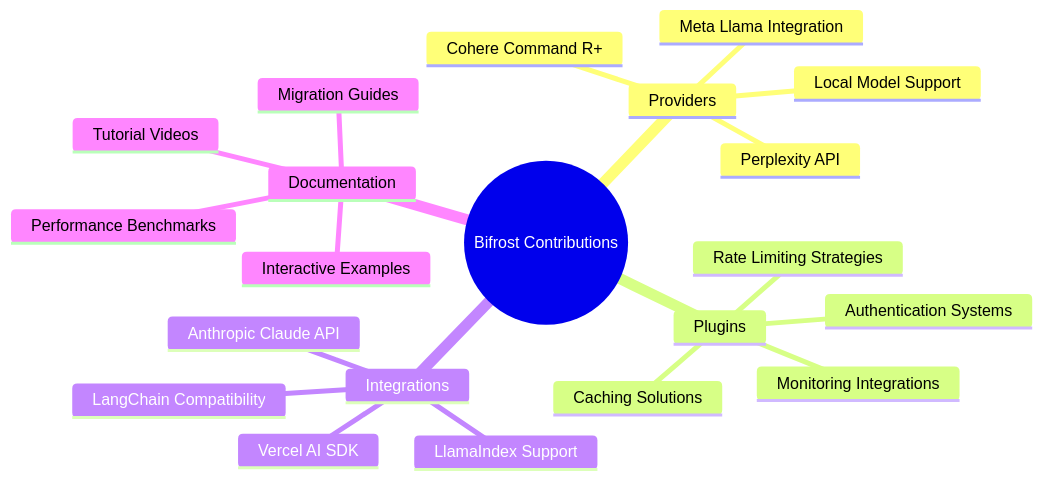
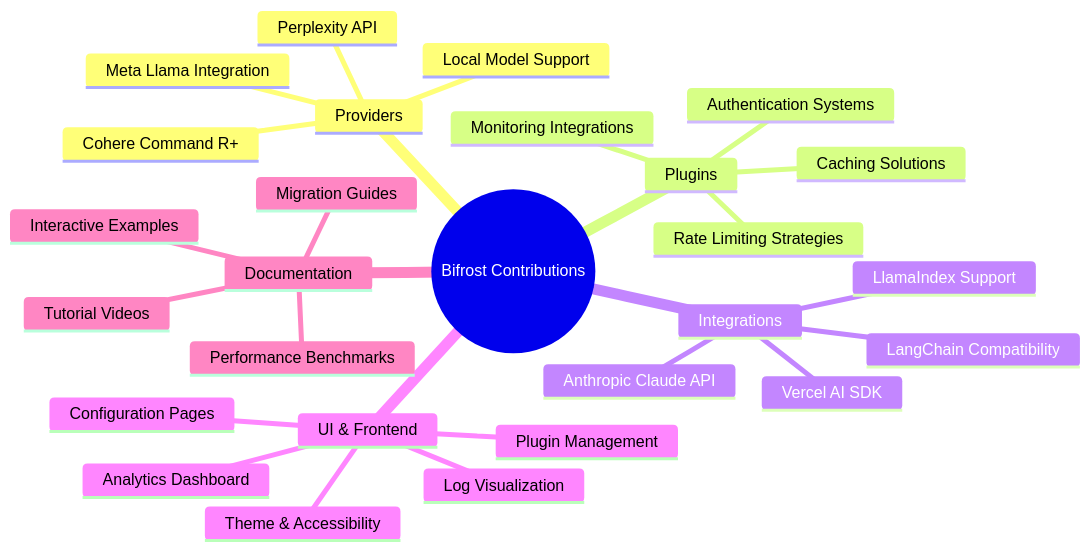
Before and after one commit to sammcj/bifrost: the diagram in docs/contributing/README.md, drawn with Mermaid. The commit also changed other lines of this file and 137 other files, not shown here.

````diff
--- a/docs/contributing/README.md
+++ b/docs/contributing/README.md
@@ -65,27 +66,34 @@
 ```mermaid
 mindmap
   root((Bifrost Contributions))
     Providers
       Meta Llama Integration
       Cohere Command R+
       Perplexity API
       Local Model Support
 
     Plugins
       Authentication Systems
       Rate Limiting Strategies
       Caching Solutions
       Monitoring Integrations
 
     Integrations
       LangChain Compatibility
       LlamaIndex Support
       Vercel AI SDK
       Anthropic Claude API
 
+    UI & Frontend
+      Configuration Pages
+      Analytics Dashboard
+      Log Visualization
+      Plugin Management
+      Theme & Accessibility
+
     Documentation
       Tutorial Videos
       Interactive Examples
       Migration Guides
       Performance Benchmarks
 ```
````
